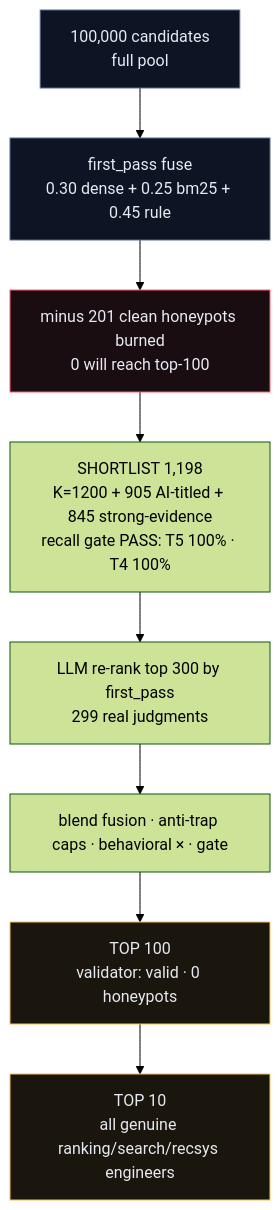
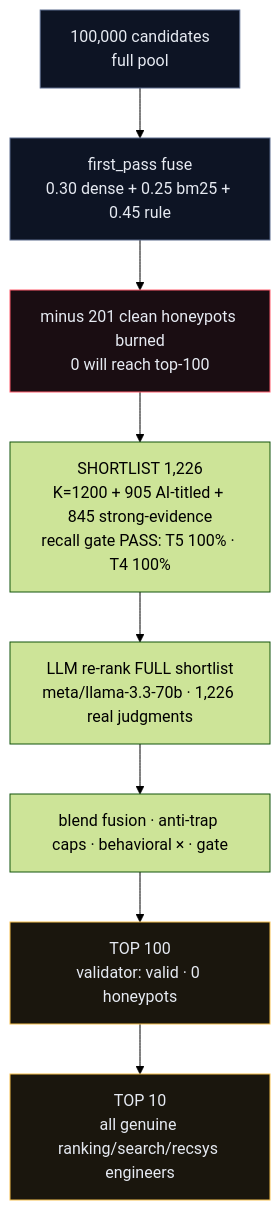
Before and after one commit to divyamohan1993/IndiaRuns: the fifth of 5 diagrams in docs/architecture.md, drawn with Mermaid (forest theme). The commit also changed other lines of this file and 12 other files, not shown here.

````diff
--- a/docs/architecture.md
+++ b/docs/architecture.md
@@ -207,18 +207,18 @@
 ```mermaid
 flowchart TB
   A[100,000 candidates<br/>full pool] --> B
   B[first_pass fuse<br/>0.30 dense + 0.25 bm25 + 0.45 rule]
   B --> C[minus 201 clean honeypots burned<br/>0 will reach top-100]
-  C --> D[SHORTLIST 1,198<br/>K=1200 + 905 AI-titled + 845 strong-evidence<br/>recall gate PASS: T5 100% · T4 100%]
-  D --> E[LLM re-rank top 300 by first_pass<br/>299 real judgments]
+  C --> D[SHORTLIST 1,226<br/>K=1200 + 905 AI-titled + 845 strong-evidence<br/>recall gate PASS: T5 100% · T4 100%]
+  D --> E[LLM re-rank FULL shortlist<br/>meta/llama-3.3-70b · 1,226 real judgments]
   E --> F[blend fusion · anti-trap caps · behavioral × · gate]
   F --> G[TOP 100<br/>validator: valid · 0 honeypots]
   G --> H[TOP 10<br/>all genuine ranking/search/recsys engineers]
 
   classDef pool fill:#0D1424,stroke:#5B6B8C,color:#E6EAF2;
   classDef burn fill:#1a0d12,stroke:#FF5C6C,color:#E6EAF2;
   classDef win fill:#1a160d,stroke:#F5C04E,color:#E6EAF2;
   class A,B pool;
   class C burn;
   class G,H win;
 ```
````
